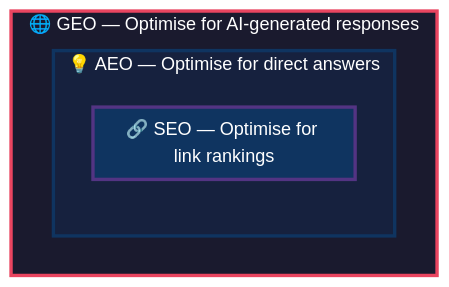
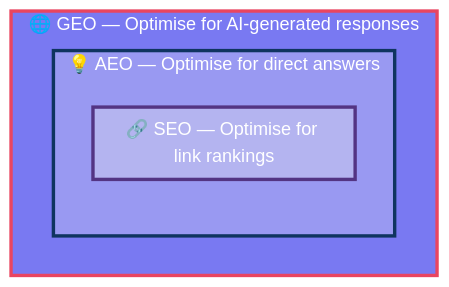
One commit to welldesignedsystem/welldesignedsystem.github.io changed the second of 29 diagrams in content/english/blog/aeo-app/brd.md. Above: the diagram before and after it, drawn with Mermaid. The commit also changed other lines of this file and 147 other files, not shown here.

````diff
--- a/content/english/blog/aeo-app/brd.md
+++ b/content/english/blog/aeo-app/brd.md
@@ -51,14 +46,13 @@
 ```mermaid
-%%{init: {'theme': 'light'}}%%
 graph TB
     subgraph GEO["🌐 GEO — Optimise for AI-generated responses"]
         subgraph AEO["💡 AEO — Optimise for direct answers"]
             subgraph SEO["🔗 SEO — Optimise for link rankings"]
             end
         end
     end
 
-    style GEO fill:#1a1a2e,stroke:#e94560,stroke-width:3px,color:#fff
-    style AEO fill:#16213e,stroke:#0f3460,stroke-width:3px,color:#fff
-    style SEO fill:#0f3460,stroke:#533483,stroke-width:3px,color:#fff
+    style GEO fill:#7979F2,stroke:#e94560,stroke-width:3px,color:#fff
+    style AEO fill:#9999F2,stroke:#0f3460,stroke-width:3px,color:#fff
+    style SEO fill:#B4B4F0,stroke:#533483,stroke-width:3px,color:#fff
 ```
````
